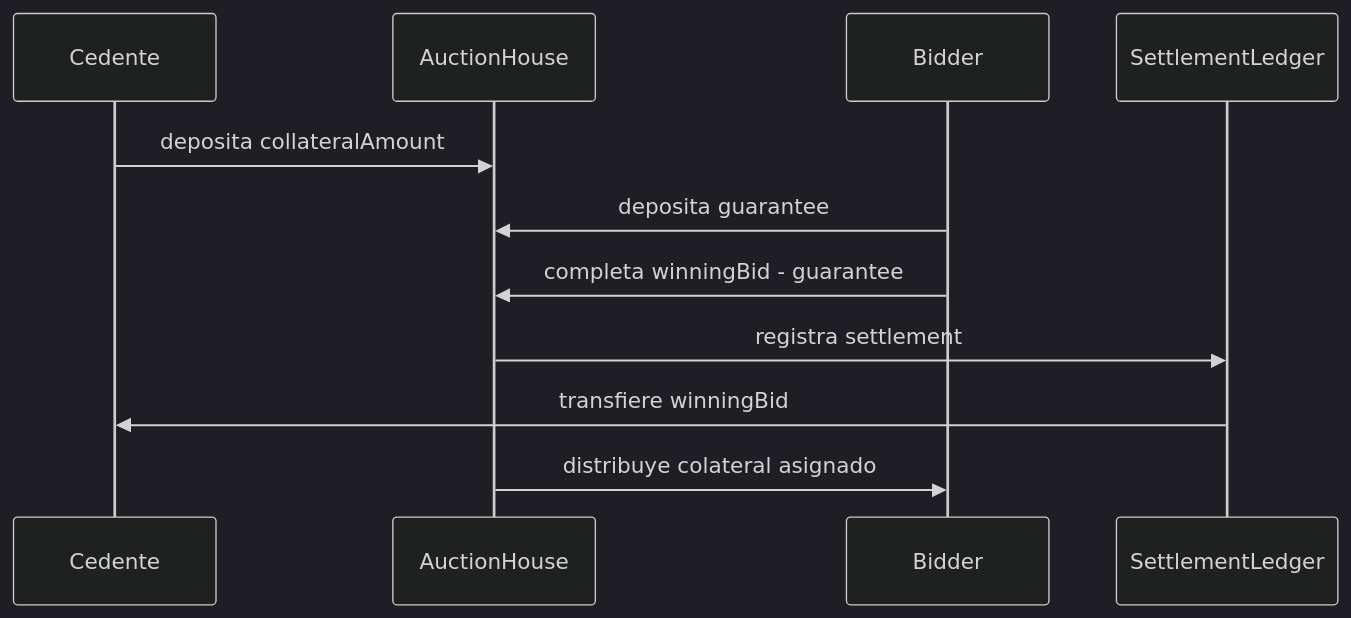
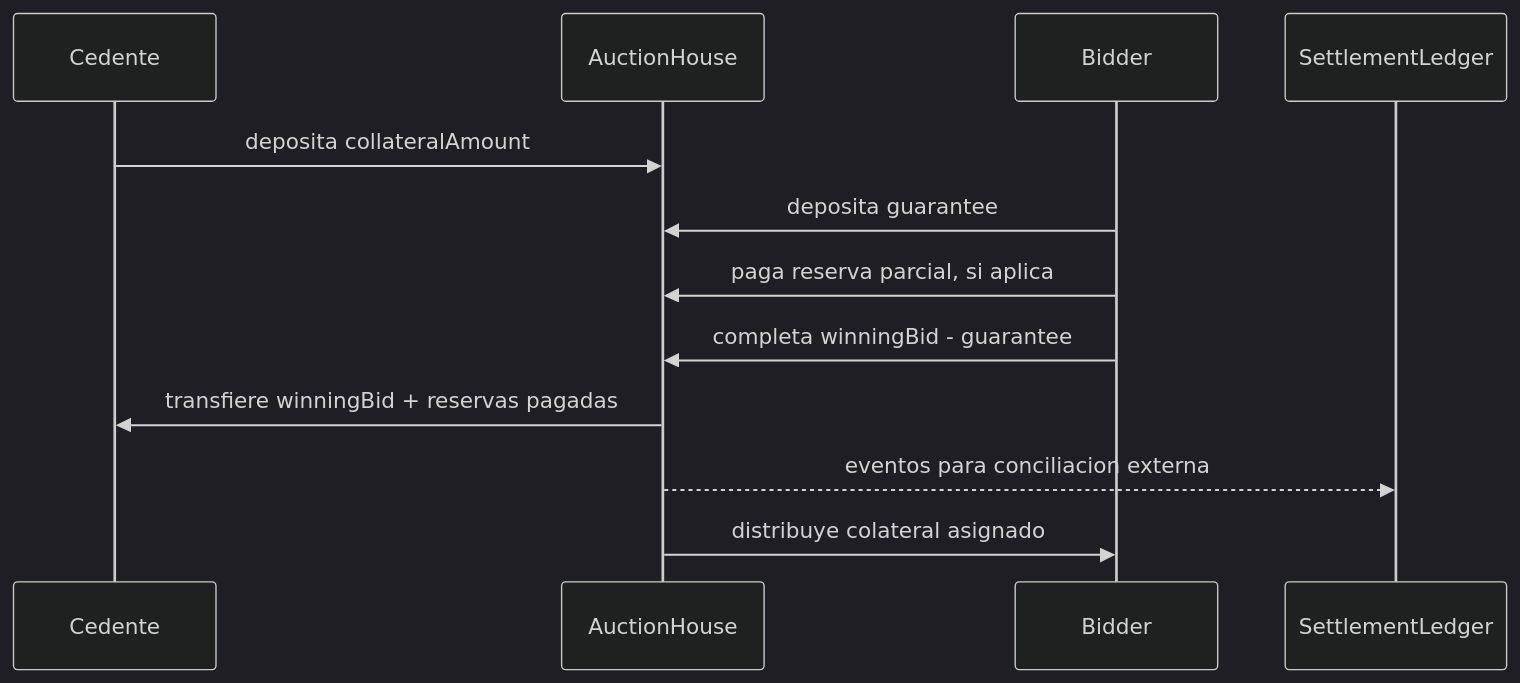
Before and after one commit to SolguardLabs/CarmineAuctionProtocol: the third of 5 diagrams in README.md, drawn with Mermaid (dark theme). The commit also changed other lines of this file and 13 other files, not shown here.

````diff
--- a/README.md
+++ b/README.md
@@ -72,13 +72,14 @@
 ```mermaid
 sequenceDiagram
     participant Seller as Cedente
     participant House as AuctionHouse
     participant Bidder as Bidder
     participant Ledger as SettlementLedger
     Seller->>House: deposita collateralAmount
     Bidder->>House: deposita guarantee
+    Bidder->>House: paga reserva parcial, si aplica
     Bidder->>House: completa winningBid - guarantee
-    House->>Ledger: registra settlement
-    Ledger->>Seller: transfiere winningBid
+    House->>Seller: transfiere winningBid + reservas pagadas
+    House-->>Ledger: eventos para conciliacion externa
     House->>Bidder: distribuye colateral asignado
 ```
````
